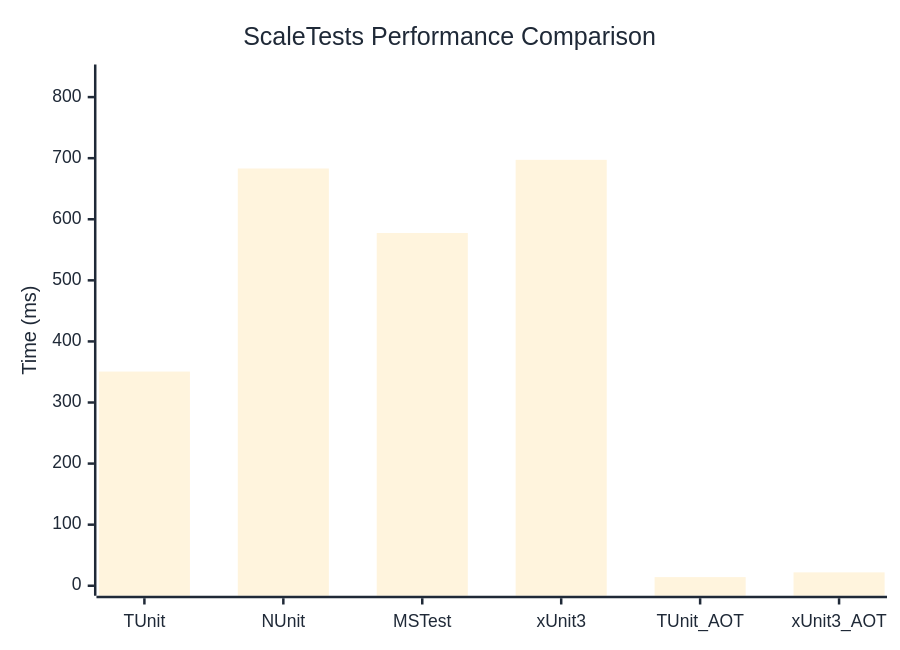
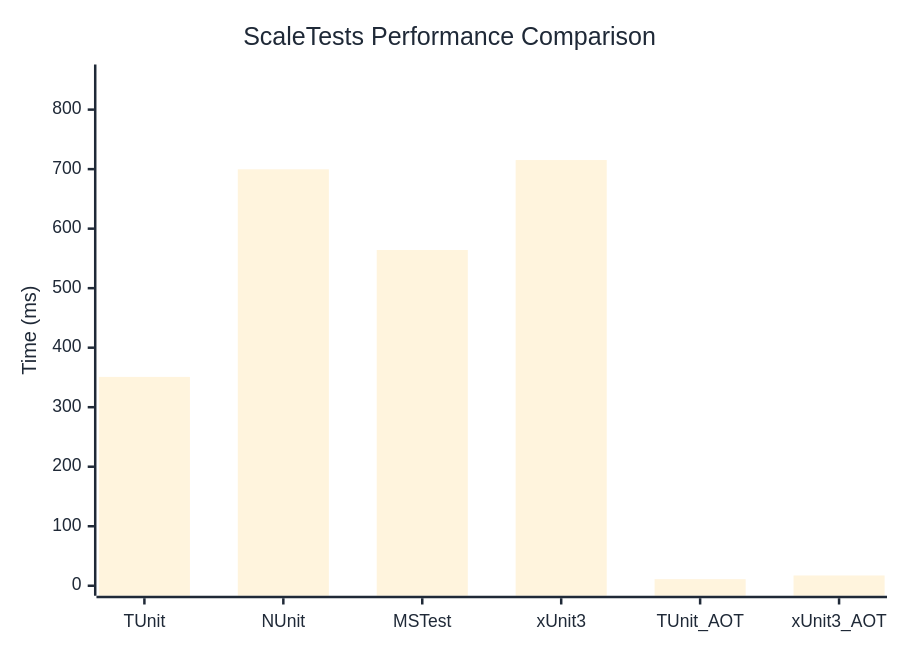
Before and after one commit to thomhurst/TUnit: the diagram in docs/docs/benchmarks/engine/ScaleTests.md, drawn with Mermaid. The commit also changed other lines of this file and 18 other files, not shown here.

````diff
--- a/docs/docs/benchmarks/engine/ScaleTests.md
+++ b/docs/docs/benchmarks/engine/ScaleTests.md
@@ -30,37 +30,37 @@
 ```mermaid
 %%{init: {
   'theme':'base',
   'themeVariables': {
     'primaryColor': '#2563eb',
     'primaryTextColor': '#1f2937',
     'primaryBorderColor': '#1e40af',
     'lineColor': '#6b7280',
     'secondaryColor': '#7c3aed',
     'tertiaryColor': '#dc2626',
     'background': '#ffffff',
     'mainBkg': '#2563eb',
     'secondBkg': '#7c3aed',
     'tertiaryBkg': '#dc2626',
     'clusterBkg': '#f3f4f6',
     'edgeLabelBackground': '#ffffff',
     'tertiaryTextColor': '#1f2937',
     'pie1': '#2563eb',
     'pie2': '#7c3aed',
     'pie3': '#dc2626',
     'pie4': '#f59e0b',
     'pie5': '#10b981',
     'pie6': '#06b6d4',
     'pie7': '#ec4899',
     'pie8': '#6366f1',
     'pie9': '#84cc16',
     'pie10': '#f97316',
     'pie11': '#14b8a6',
     'pie12': '#a855f7'
   }
 }}%%
 xychart-beta
   title "ScaleTests Performance Comparison"
   x-axis ["TUnit", "NUnit", "MSTest", "xUnit3", "TUnit_AOT", "xUnit3_AOT"]
-  y-axis "Time (ms)" 0 --> 837
-  bar [350.66, 683.12, 577.51, 697.29, 14.14, 21.91]
+  y-axis "Time (ms)" 0 --> 859
+  bar [350.88, 699.73, 564.12, 715.25, 11.08, 17.26]
 ```
````
